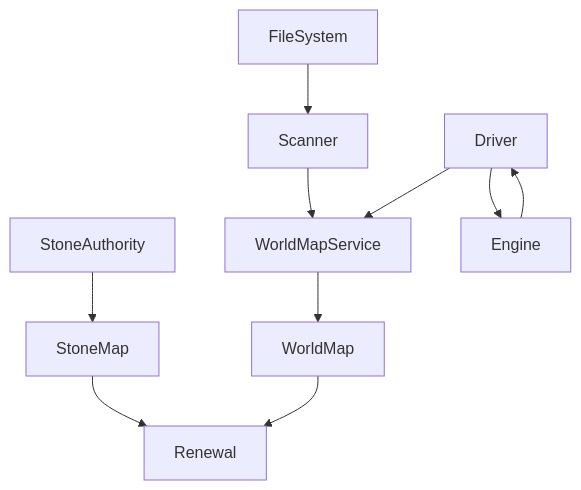
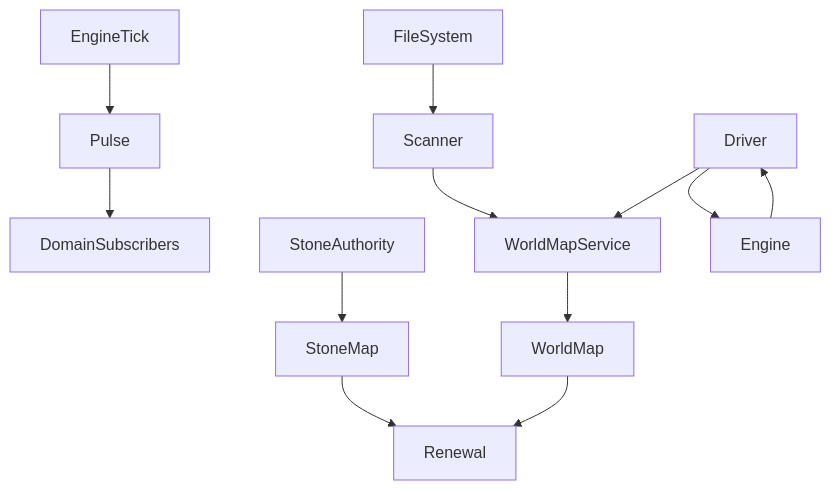
One commit to olilanz/memento-mc changed the fourth of 4 diagrams in ARCHITECTURE.md. Above: the diagram before and after it, drawn with Mermaid. The commit also changed other lines of this file and 6 other files, not shown here.

Commit message:
Added a central throttle for the domain logic. There is no need that the domain is updated on every server tick. The central pulse maker is now used to run the mod at much lower cadence. Smoother operation.

````diff
--- a/ARCHITECTURE.md
+++ b/ARCHITECTURE.md
@@ -219,12 +239,14 @@
 ```mermaid
 flowchart TB
     FileSystem --> Scanner
+    EngineTick --> Pulse
+    Pulse --> DomainSubscribers
     Scanner --> WorldMapService
     StoneAuthority --> StoneMap
     StoneMap --> Renewal
     Driver --> Engine
     Engine --> Driver
     Driver --> WorldMapService
     WorldMapService --> WorldMap
     WorldMap --> Renewal
 ```
````
